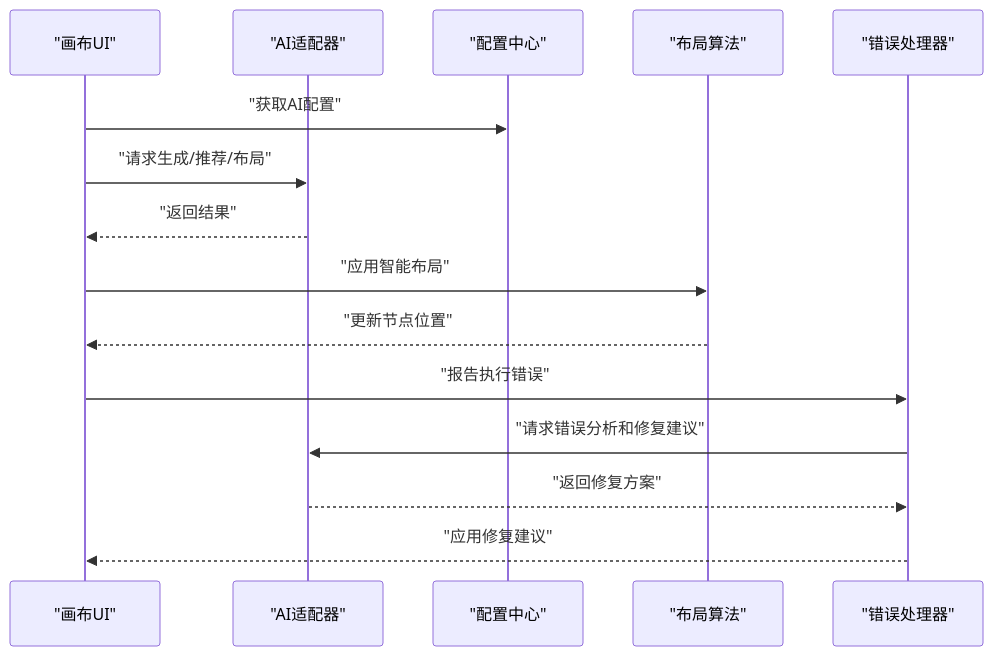
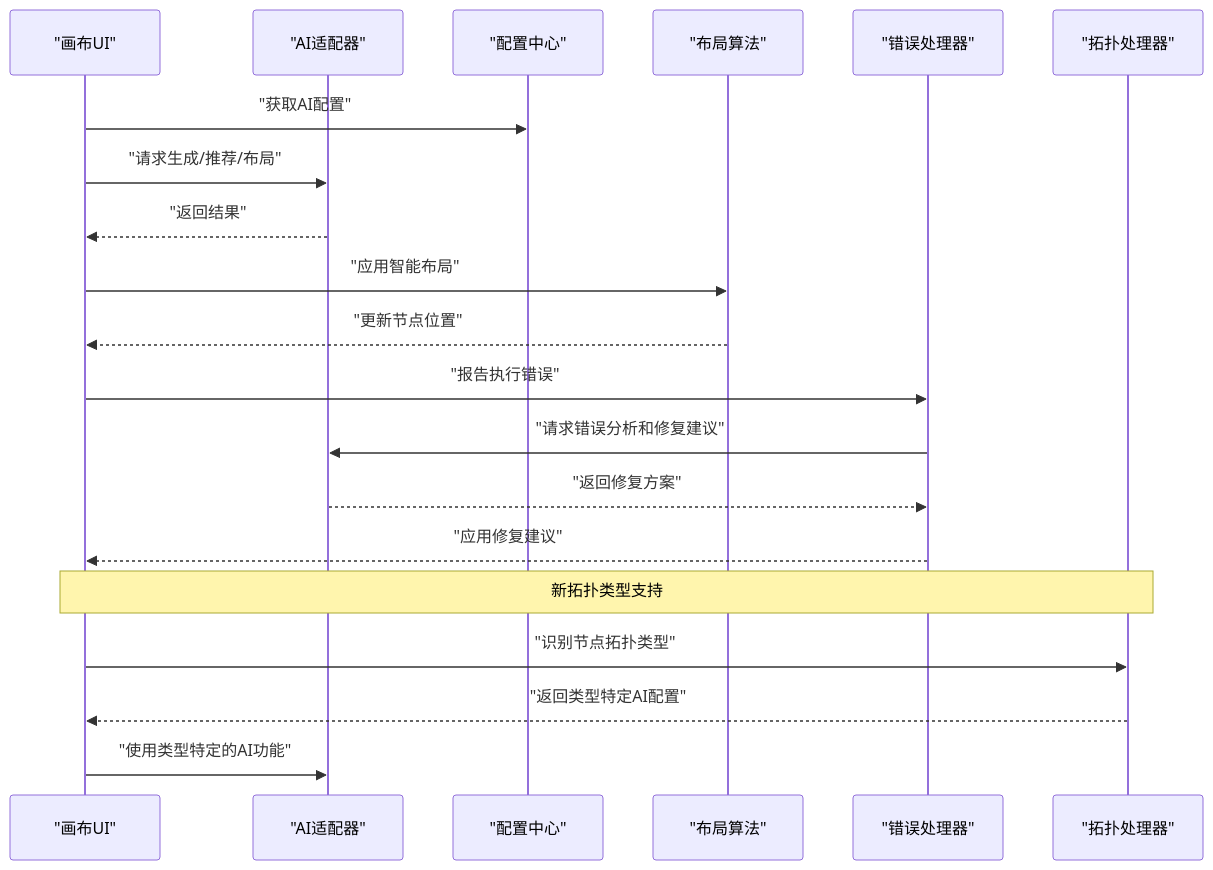
Before and after one commit to scottcwy/PurpleInk: diagram 14 of 16 in .qoder/repowiki/zh/content/画布编辑器/画布编辑器.md, drawn with Mermaid. The commit also changed other lines of this file and 29 other files, not shown here.

````diff
--- a/.qoder/repowiki/zh/content/画布编辑器/画布编辑器.md
+++ b/.qoder/repowiki/zh/content/画布编辑器/画布编辑器.md
@@ -639,17 +738,22 @@
 ```mermaid
 sequenceDiagram
 participant UI as "画布UI"
 participant AI as "AI适配器"
 participant Config as "配置中心"
 participant Layout as "布局算法"
 participant ErrorHandler as "错误处理器"
+participant TopologyHandler as "拓扑处理器"
 UI->>Config : "获取AI配置"
 UI->>AI : "请求生成/推荐/布局"
 AI-->>UI : "返回结果"
 UI->>Layout : "应用智能布局"
 Layout-->>UI : "更新节点位置"
 UI->>ErrorHandler : "报告执行错误"
 ErrorHandler->>AI : "请求错误分析和修复建议"
 AI-->>ErrorHandler : "返回修复方案"
 ErrorHandler-->>UI : "应用修复建议"
+Note over UI,TopologyHandler : 新拓扑类型支持
+UI->>TopologyHandler : "识别节点拓扑类型"
+TopologyHandler-->>UI : "返回类型特定AI配置"
+UI->>AI : "使用类型特定的AI功能"
 ```
````
